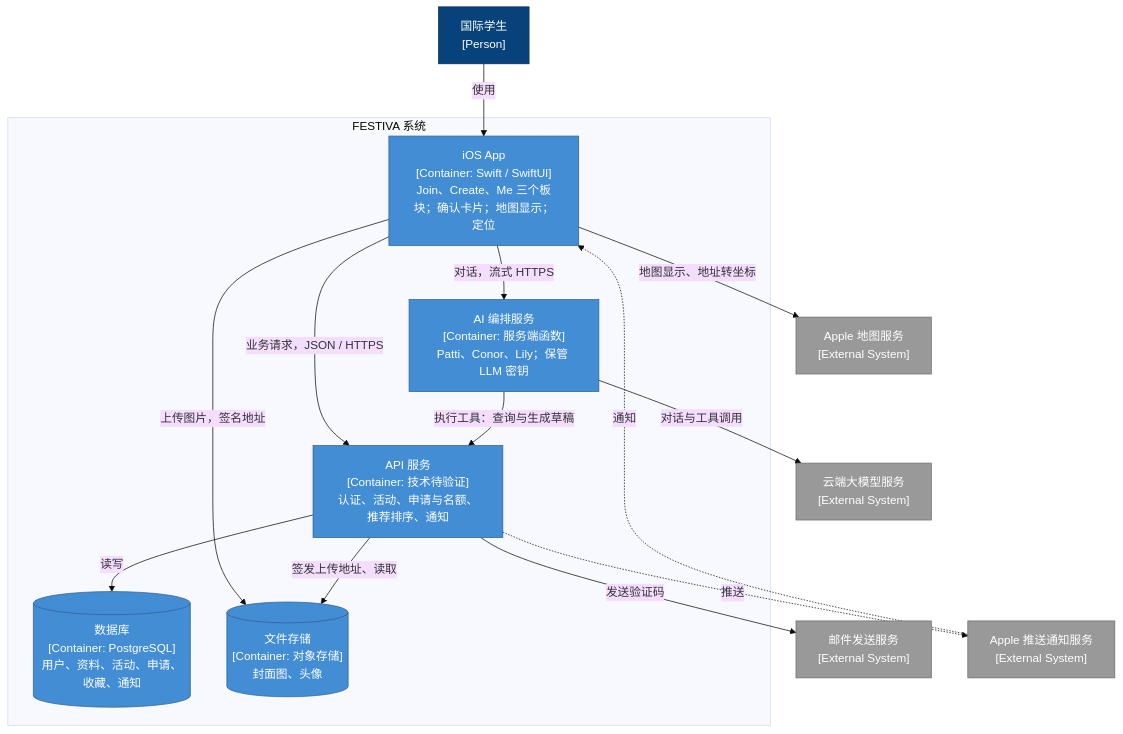
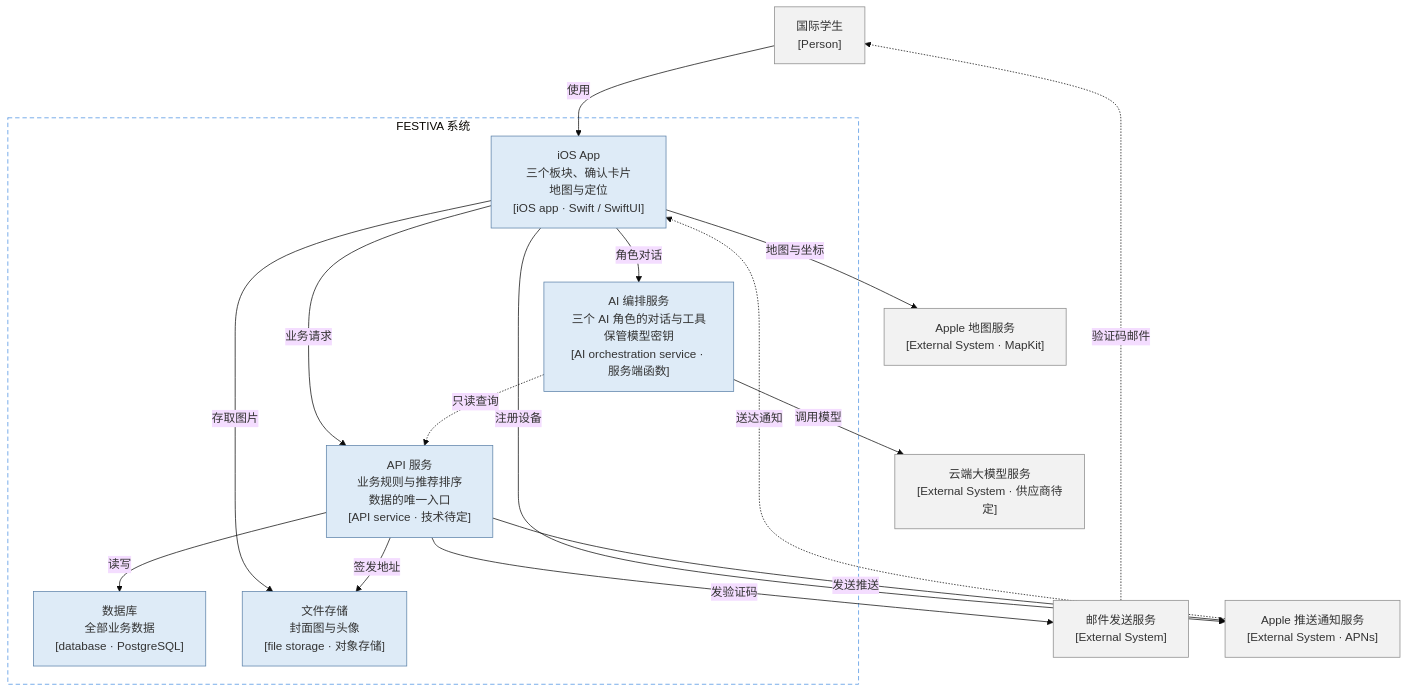
The second of 8 diagrams in truth/FESTIVA-工程架构文档.md (Ciri101/FESTIVA), drawn with Mermaid (base theme) before and after one commit. The commit also changed other lines of this file and 12 other files, not shown here.

First line of the commit message:
T0013: finalize C1 and C2 as formal architecture diagrams

````diff
--- a/truth/FESTIVA-工程架构文档.md
+++ b/truth/FESTIVA-工程架构文档.md
@@ -110,33 +130,36 @@
 ```mermaid
+%% name: festiva-c2
+%% home: festiva-c2
 flowchart TB
   student["国际学生<br/>[Person]"]
   subgraph festiva["FESTIVA 系统"]
-    app["iOS App<br/>[Container: Swift / SwiftUI]<br/>Join、Create、Me 三个板块；确认卡片；地图显示；定位"]
-    api["API 服务<br/>[Container: 技术待验证]<br/>认证、活动、申请与名额、推荐排序、通知"]
-    ai["AI 编排服务<br/>[Container: 服务端函数]<br/>Patti、Conor、Lily；保管 LLM 密钥"]
-    db[("数据库<br/>[Container: PostgreSQL]<br/>用户、资料、活动、申请、收藏、通知")]
-    files[("文件存储<br/>[Container: 对象存储]<br/>封面图、头像")]
+    app["iOS App<br/>三个板块、确认卡片<br/>地图与定位<br/>[iOS app · Swift / SwiftUI]"]
+    ai["AI 编排服务<br/>三个 AI 角色的对话与工具<br/>保管模型密钥<br/>[AI orchestration service · 服务端函数]"]
+    api["API 服务<br/>业务规则与推荐排序<br/>数据的唯一入口<br/>[API service · 技术待定]"]
+    db["数据库<br/>全部业务数据<br/>[database · PostgreSQL]"]
+    files["文件存储<br/>封面图与头像<br/>[file storage · 对象存储]"]
   end
-  llm["云端大模型服务<br/>[External System]"]
-  maps["Apple 地图服务<br/>[External System]"]
+  llm["云端大模型服务<br/>[External System · 供应商待定]"]
+  maps["Apple 地图服务<br/>[External System · MapKit]"]
   mail["邮件发送服务<br/>[External System]"]
-  apns["Apple 推送通知服务<br/>[External System]"]
+  apns["Apple 推送通知服务<br/>[External System · APNs]"]
   student -->|"使用"| app
-  app -->|"业务请求，JSON / HTTPS"| api
-  app -->|"对话，流式 HTTPS"| ai
-  app -->|"上传图片，签名地址"| files
-  app -->|"地图显示、地址转坐标"| maps
-  ai -->|"对话与工具调用"| llm
-  ai -->|"执行工具：查询与生成草稿"| api
+  app -->|"业务请求"| api
+  app -->|"角色对话"| ai
+  app -->|"存取图片"| files
+  app -->|"地图与坐标"| maps
+  app -->|"注册设备"| apns
+  ai -.->|"只读查询"| api
+  ai -->|"调用模型"| llm
   api -->|"读写"| db
-  api -->|"签发上传地址、读取"| files
-  api -->|"发送验证码"| mail
-  api -.->|"推送"| apns
-  apns -.->|"通知"| app
-  classDef person fill:#08427b,color:#ffffff,stroke:#052e56
-  classDef container fill:#438dd5,color:#ffffff,stroke:#2e6295
-  classDef external fill:#999999,color:#ffffff,stroke:#6b6b6b
-  class student person
-  class app,api,ai,db,files container
-  class llm,maps,mail,apns external
+  api -->|"签发地址"| files
+  api -->|"发验证码"| mail
+  api -->|"发送推送"| apns
+  apns -.->|"送达通知"| app
+  mail -.->|"验证码邮件"| student
+  classDef shell fill:#deebf7,stroke:#5b81a8
+  classDef ext fill:#f2f2f2,stroke:#8a8a8a
+  class app,ai,api,db,files shell
+  class student,llm,maps,mail,apns ext
+  style festiva fill:none,stroke:#4a90e2,stroke-dasharray:6 4
 ```
````
